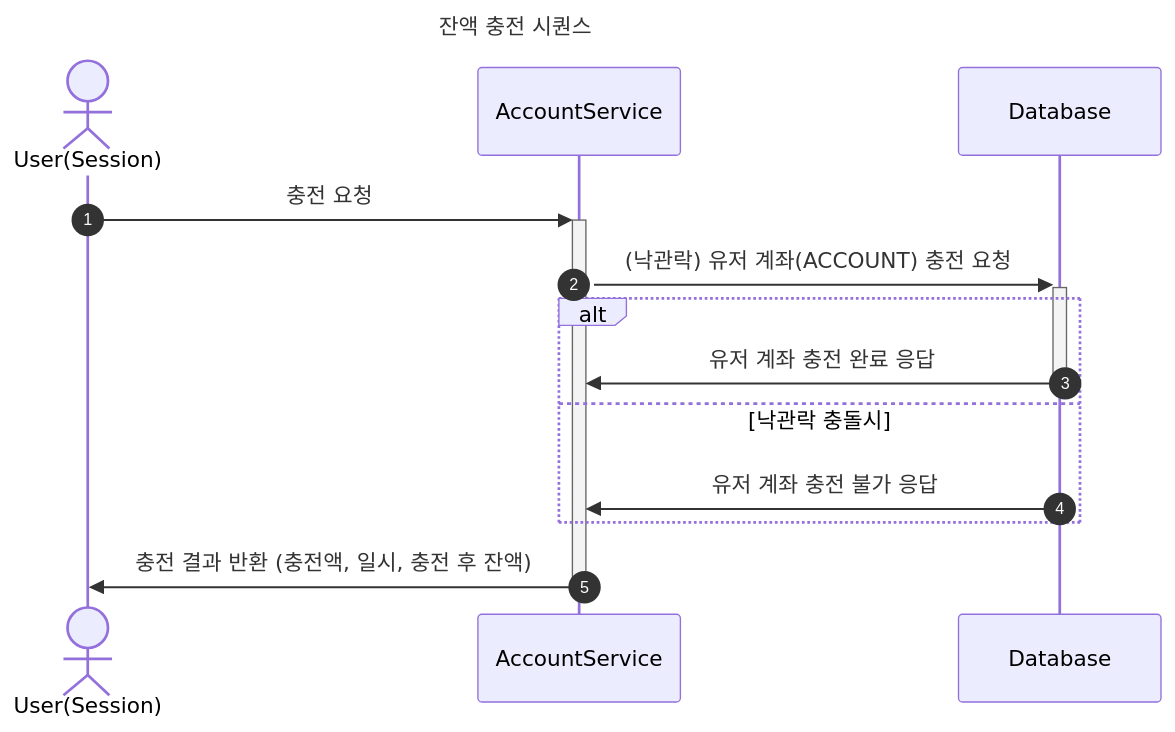
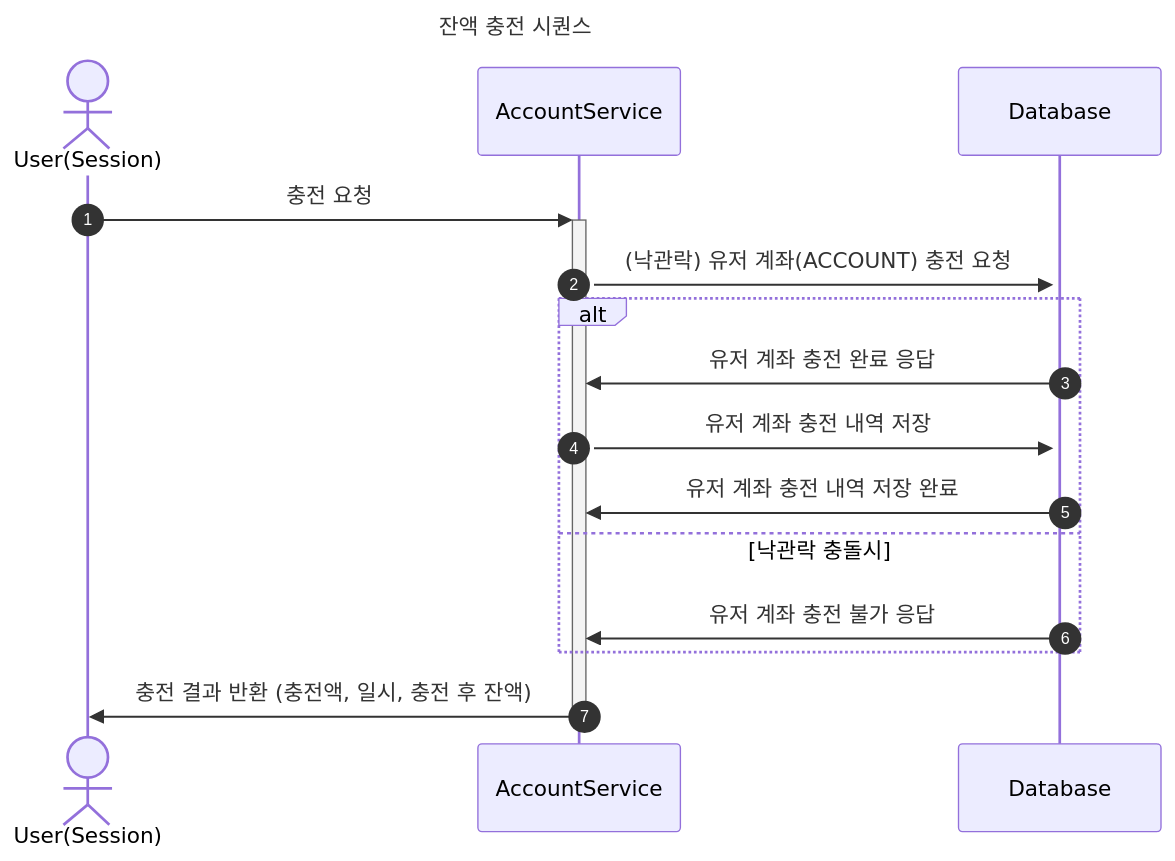
Before and after one commit to hpp-backend-15/java-concert-joonhyeokyang: the first of 2 diagrams in docs/sequence/4.잔액-충전-조회.md, drawn with Mermaid.

Commit message:
docs: 충전 내역 정보 저장

````diff
--- a/docs/sequence/4.잔액-충전-조회.md
+++ b/docs/sequence/4.잔액-충전-조회.md
@@ -6,18 +6,19 @@
 ```mermaid
 sequenceDiagram
     autonumber
     title 잔액 충전 시퀀스
     actor u as User(Session)
     participant As as AccountService
     participant db as Database
     u ->>+ As: 충전 요청
     As ->>+ db: (낙관락) 유저 계좌(ACCOUNT) 충전 요청
     alt
-        db ->>- As: 유저 계좌 충전 완료 응답
+        db ->> As: 유저 계좌 충전 완료 응답
+        As ->> db: 유저 계좌 충전 내역 저장
+        db ->> As: 유저 계좌 충전 내역 저장 완료
     else 낙관락 충돌시
         db ->> As: 유저 계좌 충전 불가 응답
-
     end
     As ->>- u: 충전 결과 반환 (충전액, 일시, 충전 후 잔액)
 
 ```
````
